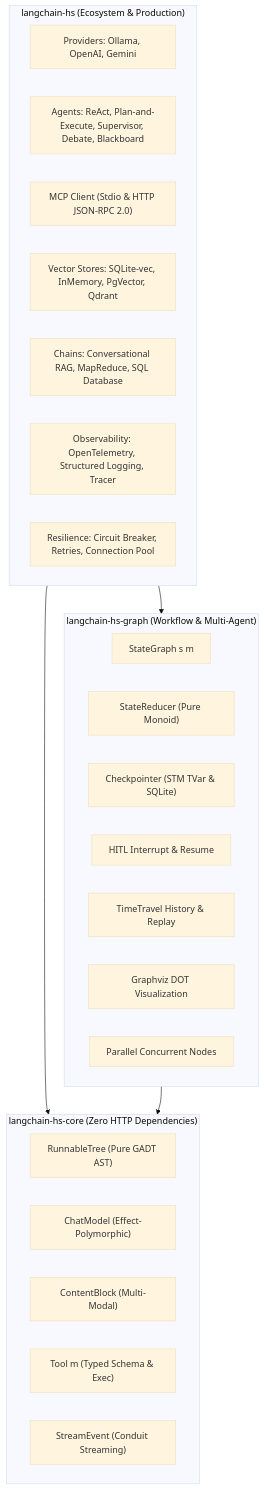
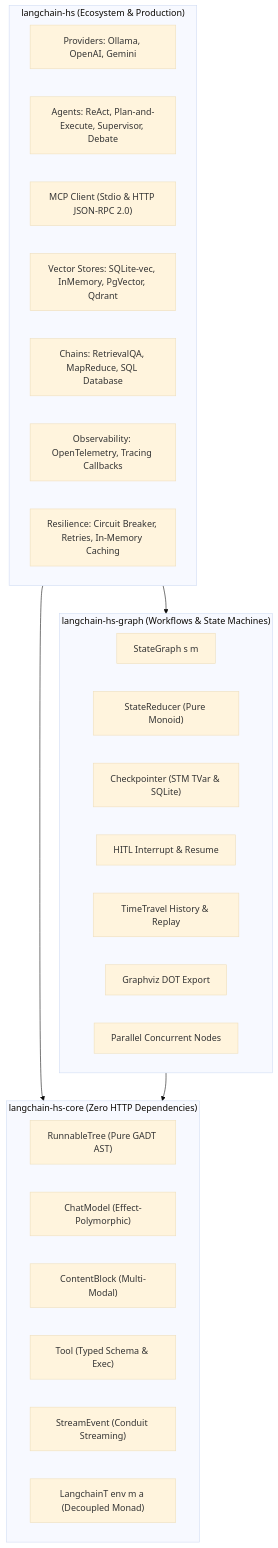
The diagram in README.md (tusharad/langchain-hs), drawn with Mermaid (base theme) before and after one commit. The commit also changed other lines of this file and 26 other files, not shown here.

````diff
--- a/README.md
+++ b/README.md
@@ -59,34 +53,35 @@
 ```mermaid
 flowchart TB
     subgraph Core ["langchain-hs-core (Zero HTTP Dependencies)"]
         RT["RunnableTree (Pure GADT AST)"]
         CM["ChatModel (Effect-Polymorphic)"]
         CB["ContentBlock (Multi-Modal)"]
-        TL["Tool m (Typed Schema & Exec)"]
+        TL["Tool (Typed Schema & Exec)"]
         SE["StreamEvent (Conduit Streaming)"]
+        MN["LangchainT env m a (Decoupled Monad)"]
     end
 
-    subgraph Graph ["langchain-hs-graph (Workflow & Multi-Agent)"]
+    subgraph Graph ["langchain-hs-graph (Workflows & State Machines)"]
         SG["StateGraph s m"]
         SR["StateReducer (Pure Monoid)"]
         CP["Checkpointer (STM TVar & SQLite)"]
         HT["HITL Interrupt & Resume"]
         TT["TimeTravel History & Replay"]
-        DOT["Graphviz DOT Visualization"]
+        DOT["Graphviz DOT Export"]
         PN["Parallel Concurrent Nodes"]
     end
 
     subgraph HighLevel ["langchain-hs (Ecosystem & Production)"]
         PR["Providers: Ollama, OpenAI, Gemini"]
-        AG["Agents: ReAct, Plan-and-Execute, Supervisor, Debate, Blackboard"]
+        AG["Agents: ReAct, Plan-and-Execute, Supervisor, Debate"]
         MCP["MCP Client (Stdio & HTTP JSON-RPC 2.0)"]
         VS["Vector Stores: SQLite-vec, InMemory, PgVector, Qdrant"]
-        CH["Chains: Conversational RAG, MapReduce, SQL Database"]
-        OB["Observability: OpenTelemetry, Structured Logging, Tracer"]
-        RES["Resilience: Circuit Breaker, Retries, Connection Pool"]
+        CH["Chains: RetrievalQA, MapReduce, SQL Database"]
+        OB["Observability: OpenTelemetry, Tracing Callbacks"]
+        RES["Resilience: Circuit Breaker, Retries, In-Memory Caching"]
     end
 
     HighLevel --> Graph
     HighLevel --> Core
     Graph --> Core
 ```
````
